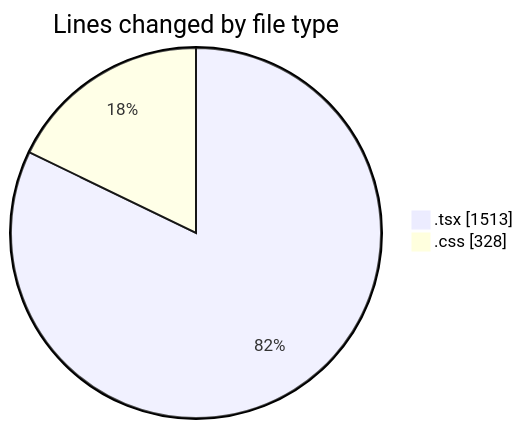
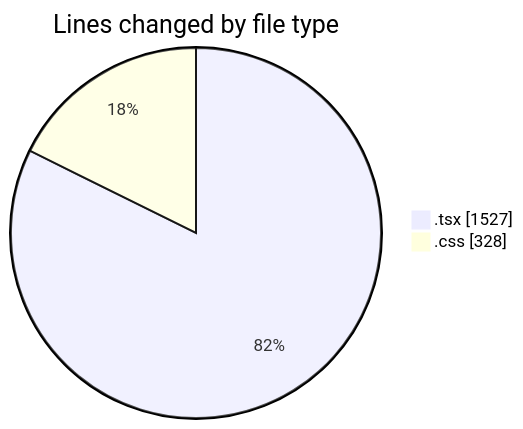
The first of 2 diagrams in 2025-10-10/eventscop-frontend-guide__workspace_/README.md (julien-gomy/code-tracking), drawn with Mermaid before and after one commit. The commit also changed other lines of this file and 1 other file, not shown here.

````diff
--- a/2025-10-10/eventscop-frontend-guide__workspace_/README.md
+++ b/2025-10-10/eventscop-frontend-guide__workspace_/README.md
@@ -25,6 +25,6 @@
 ```mermaid
 pie showData
 title Lines changed by file type
-".tsx" : 1513
+".tsx" : 1527
 ".css" : 328
 ```
````
